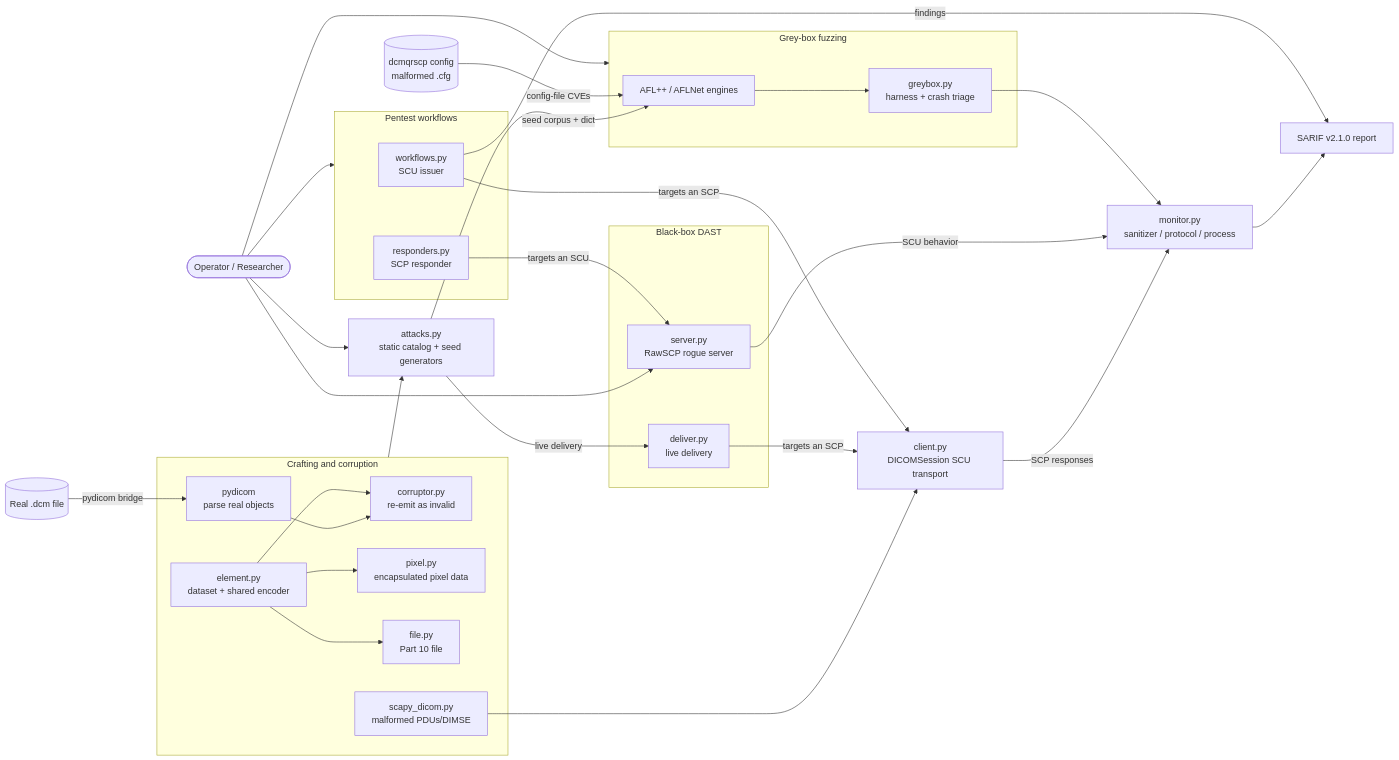
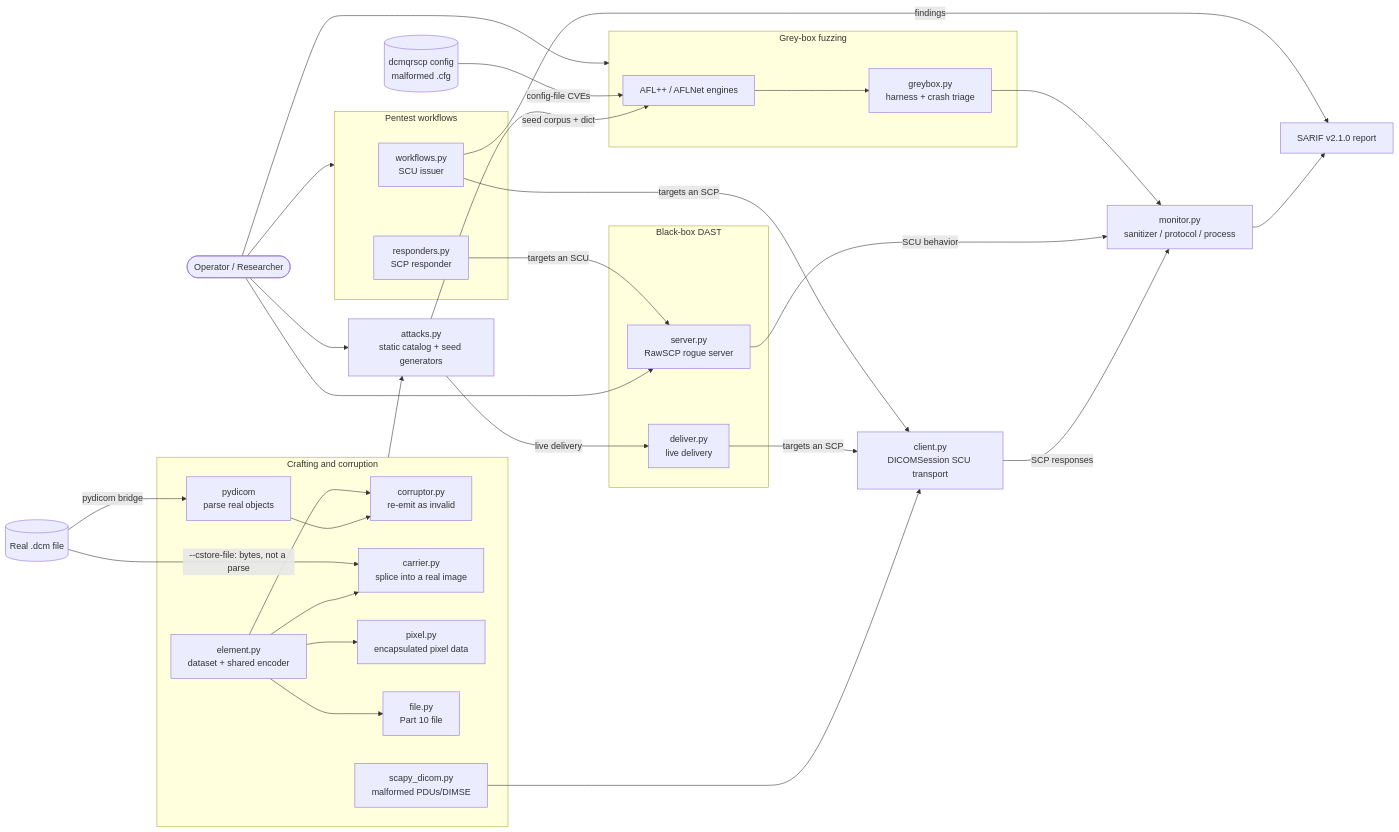
One commit to tmart234/C-SCARE changed the diagram in README.md. Above: the diagram before and after it, drawn with Mermaid. The commit also changed 8 other files, not shown here.

````diff
--- a/README.md
+++ b/README.md
@@ -30,61 +30,64 @@
 ```mermaid
 flowchart LR
     OP([Operator / Researcher])
 
     %% ---- External inputs ----
     REALDCM[(Real .dcm file)]
     CFG[(dcmqrscp config<br/>malformed .cfg)]
 
     %% ---- Crafting & corruption primitives ----
     subgraph CRAFT [Crafting and corruption]
         PYDICOM[pydicom<br/>parse real objects]
         CORRUPTOR[corruptor.py<br/>re-emit as invalid]
+        CARRIER[carrier.py<br/>splice into a real image]
         ELEMENT[element.py<br/>dataset + shared encoder]
         PIXEL[pixel.py<br/>encapsulated pixel data]
         FILE[file.py<br/>Part 10 file]
         SCAPY[scapy_dicom.py<br/>malformed PDUs/DIMSE]
         PYDICOM --> CORRUPTOR
+        ELEMENT --> CARRIER
         ELEMENT --> CORRUPTOR & PIXEL & FILE
     end
 
     REALDCM -->|pydicom bridge| PYDICOM
+    REALDCM -->|--cstore-file: bytes, not a parse| CARRIER
 
     CATALOG[attacks.py<br/>static catalog + seed generators]
     CRAFT --> CATALOG
 
     %% ---- Three testing pillars ----
     subgraph WF [Pentest workflows]
         ISSUER[workflows.py<br/>SCU issuer]
         RESPONDER[responders.py<br/>SCP responder]
     end
     subgraph DAST [Black-box DAST]
         DELIVER[deliver.py<br/>live delivery]
         ROGUE[server.py<br/>RawSCP rogue server]
     end
     subgraph GB [Grey-box fuzzing]
         AFL[AFL++ / AFLNet engines]
         BRIDGE[greybox.py<br/>harness + crash triage]
     end
 
     CLIENT[client.py<br/>DICOMSession SCU transport]
     SCAPY --> CLIENT
 
     OP --> CATALOG & WF & ROGUE & GB
     CATALOG -->|live delivery| DELIVER
     CATALOG -->|seed corpus + dict| AFL
     CFG -->|config-file CVEs| AFL
 
     %% Targeting a server (SCP): DAST delivery and issuer workflows share the
     %% SCU transport; targeting a client (SCU): the rogue server.
     DELIVER & ISSUER -->|targets an SCP| CLIENT
     RESPONDER -->|targets an SCU| ROGUE
     AFL --> BRIDGE
 
     %% ---- Observation + reporting ----
     MONITOR[monitor.py<br/>sanitizer / protocol / process]
     CLIENT -->|SCP responses| MONITOR
     ROGUE -->|SCU behavior| MONITOR
     BRIDGE --> MONITOR
     MONITOR --> SARIF[SARIF v2.1.0 report]
     ISSUER -->|findings| SARIF
 ```
````
